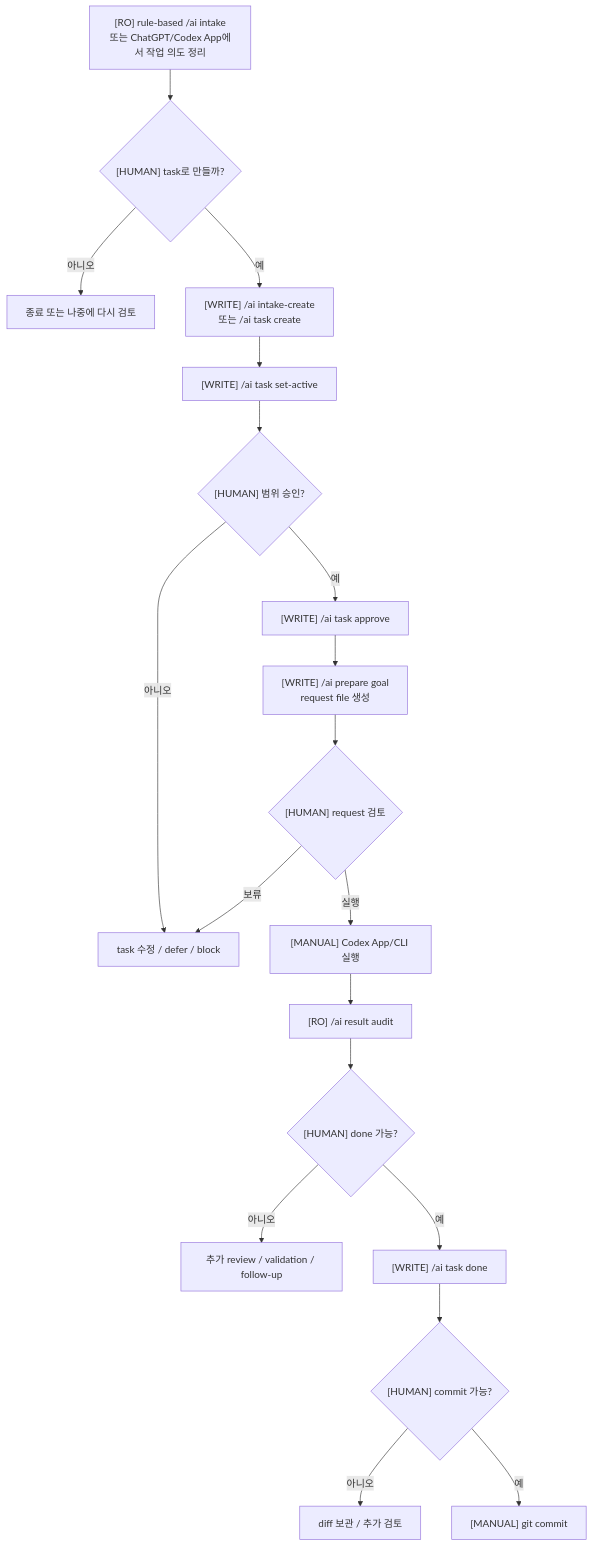
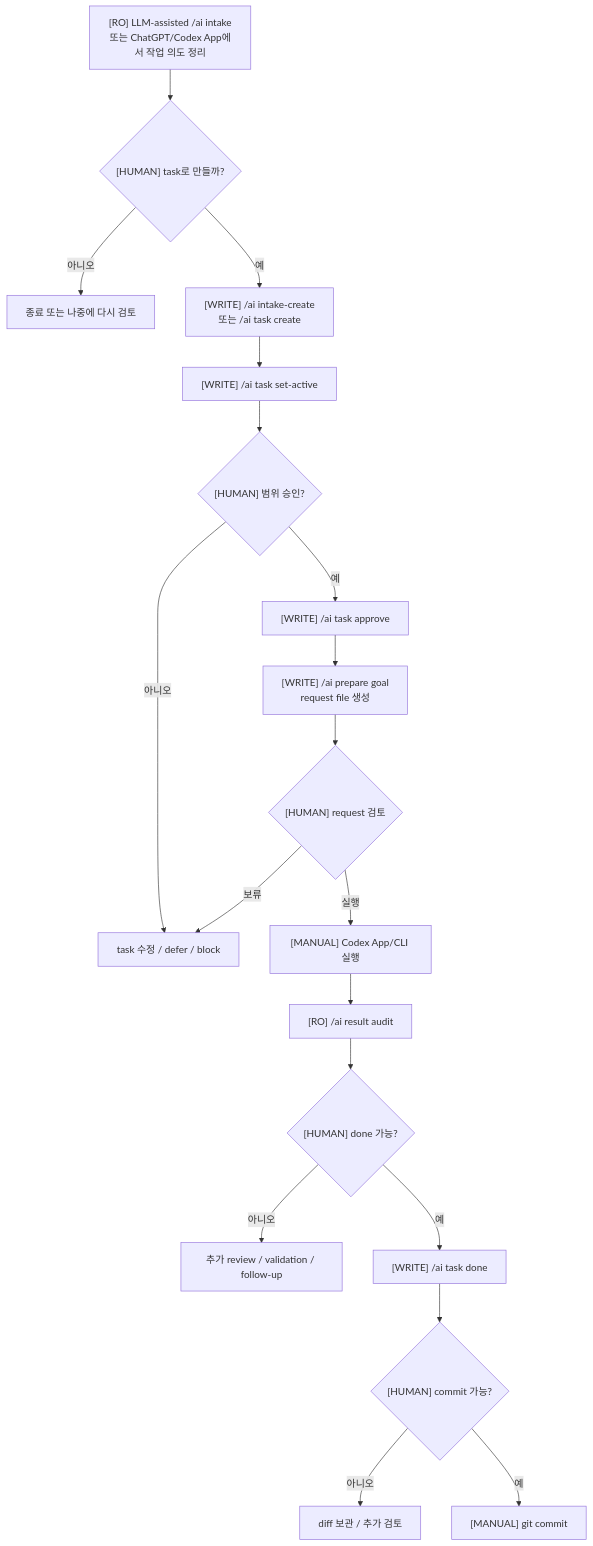
Before and after one commit to cv-918/play-ground: the first of 5 diagrams in _Docs/AIWorkflow/AIWorkflow_Flowchart_KR.md, drawn with Mermaid. The commit also changed other lines of this file and 21 other files, not shown here.

Commit message:
feat(discord): add Codex CLI assisted intake

````diff
--- a/_Docs/AIWorkflow/AIWorkflow_Flowchart_KR.md
+++ b/_Docs/AIWorkflow/AIWorkflow_Flowchart_KR.md
@@ -19,21 +19,21 @@
 ```mermaid
 flowchart TD
-    A["[RO] rule-based /ai intake<br/>또는 ChatGPT/Codex App에서 작업 의도 정리"] --> B{"[HUMAN] task로 만들까?"}
+    A["[RO] LLM-assisted /ai intake<br/>또는 ChatGPT/Codex App에서 작업 의도 정리"] --> B{"[HUMAN] task로 만들까?"}
     B -- 아니오 --> Z["종료 또는 나중에 다시 검토"]
     B -- 예 --> C["[WRITE] /ai intake-create<br/>또는 /ai task create"]
     C --> D["[WRITE] /ai task set-active"]
     D --> E{"[HUMAN] 범위 승인?"}
     E -- 아니오 --> E2["task 수정 / defer / block"]
     E -- 예 --> F["[WRITE] /ai task approve"]
     F --> G["[WRITE] /ai prepare goal<br/>request file 생성"]
     G --> H{"[HUMAN] request 검토"}
     H -- 보류 --> E2
     H -- 실행 --> I["[MANUAL] Codex App/CLI 실행"]
     I --> J["[RO] /ai result audit"]
     J --> K{"[HUMAN] done 가능?"}
     K -- 아니오 --> L["추가 review / validation / follow-up"]
     K -- 예 --> M["[WRITE] /ai task done"]
     M --> N{"[HUMAN] commit 가능?"}
     N -- 아니오 --> O["diff 보관 / 추가 검토"]
     N -- 예 --> P["[MANUAL] git commit"]
 ```
````
